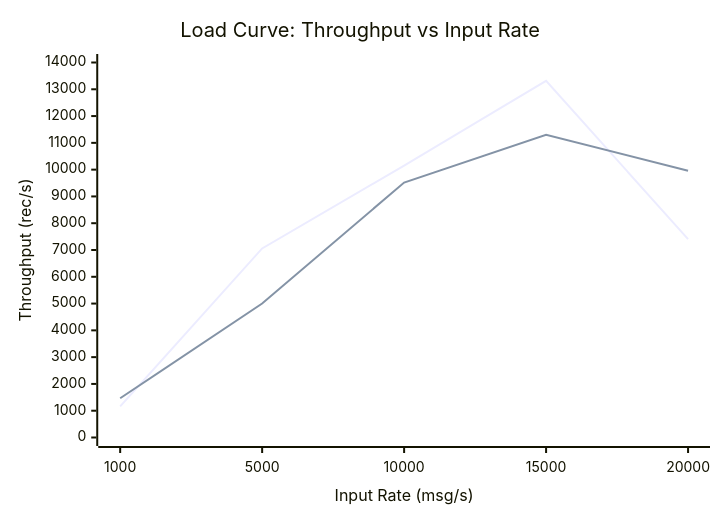
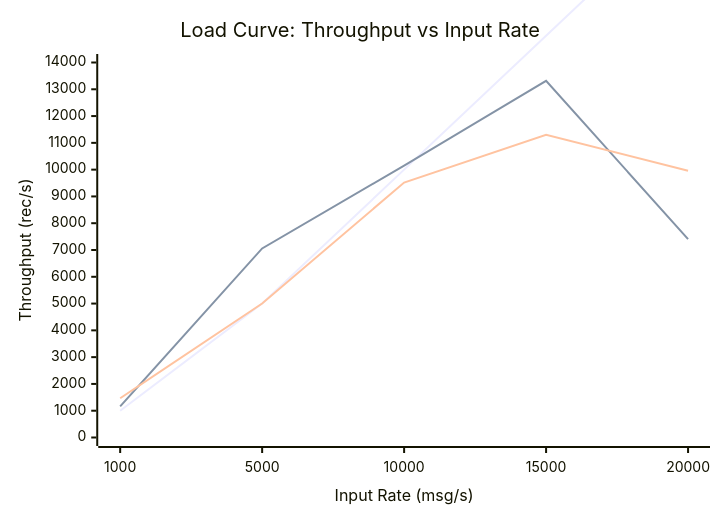
Before and after one commit to vladtf/soam: the diagram in docs/load-curve-test.md, drawn with Mermaid. The commit also changed other lines of this file, not shown here.

Commit message:
feat: Enhance load curve test documentation with ideal throughput line and legend

````diff
--- a/docs/load-curve-test.md
+++ b/docs/load-curve-test.md
@@ -36,8 +36,9 @@
 ```mermaid
 xychart-beta
     title "Load Curve: Throughput vs Input Rate"
     x-axis "Input Rate (msg/s)" [1000, 5000, 10000, 15000, 20000]
     y-axis "Throughput (rec/s)" 0 --> 14000
+    line "Ideal (1:1)" [1000, 5000, 10000, 15000, 20000]
     line "Throughput Rate" [1159, 7058, 10152, 13317, 7407]
     line "Effective Throughput" [1464, 5000, 9519, 11301, 9959]
 ```
````
